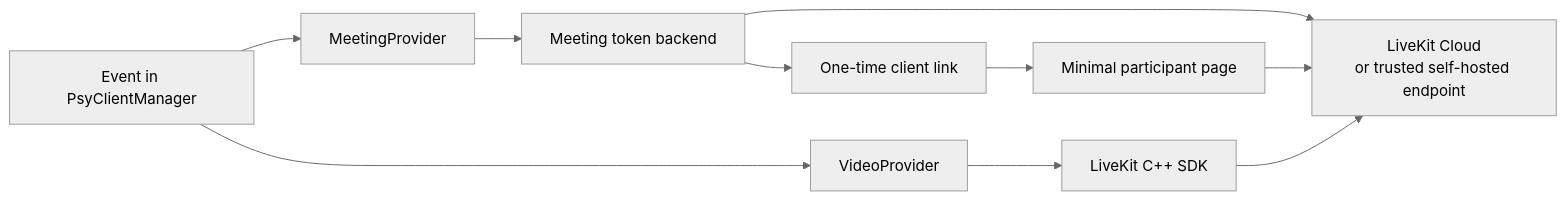
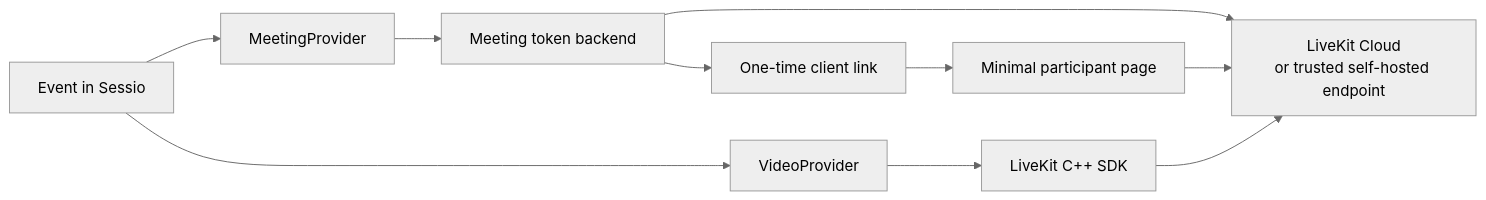
Before and after one commit to Artem535/PsyClientManager: the first of 2 diagrams in docs/video-roadmap.en.md, drawn with Mermaid (neutral theme). The commit also changed other lines of this file and 38 other files, not shown here.

First line of the commit message:
Rename PsyClientManager to Sessio

````diff
--- a/docs/video-roadmap.en.md
+++ b/docs/video-roadmap.en.md
@@ -152,12 +152,12 @@
 ```mermaid
 flowchart LR
-    A[Event in PsyClientManager] --> B[MeetingProvider]
+    A[Event in Sessio] --> B[MeetingProvider]
     B --> C[Meeting token backend]
     C --> D[LiveKit Cloud<br/>or trusted self-hosted endpoint]
     A --> E[VideoProvider]
     E --> F[LiveKit C++ SDK]
     F --> D
     C --> G[One-time client link]
     G --> H[Minimal participant page]
     H --> D
 ```
````
